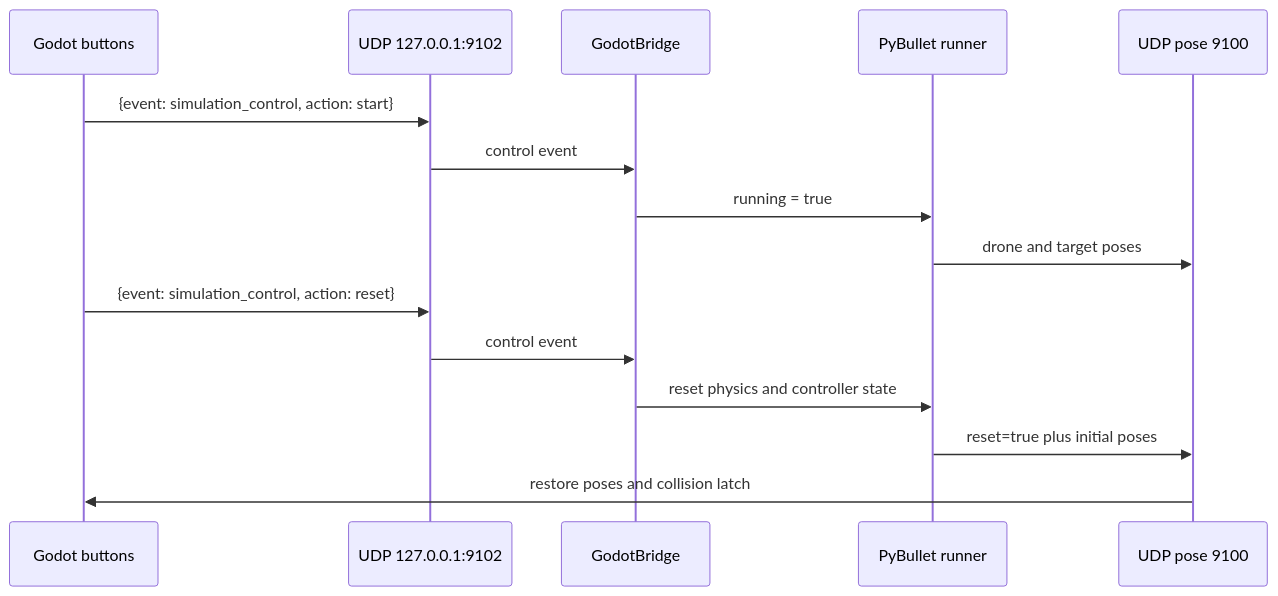
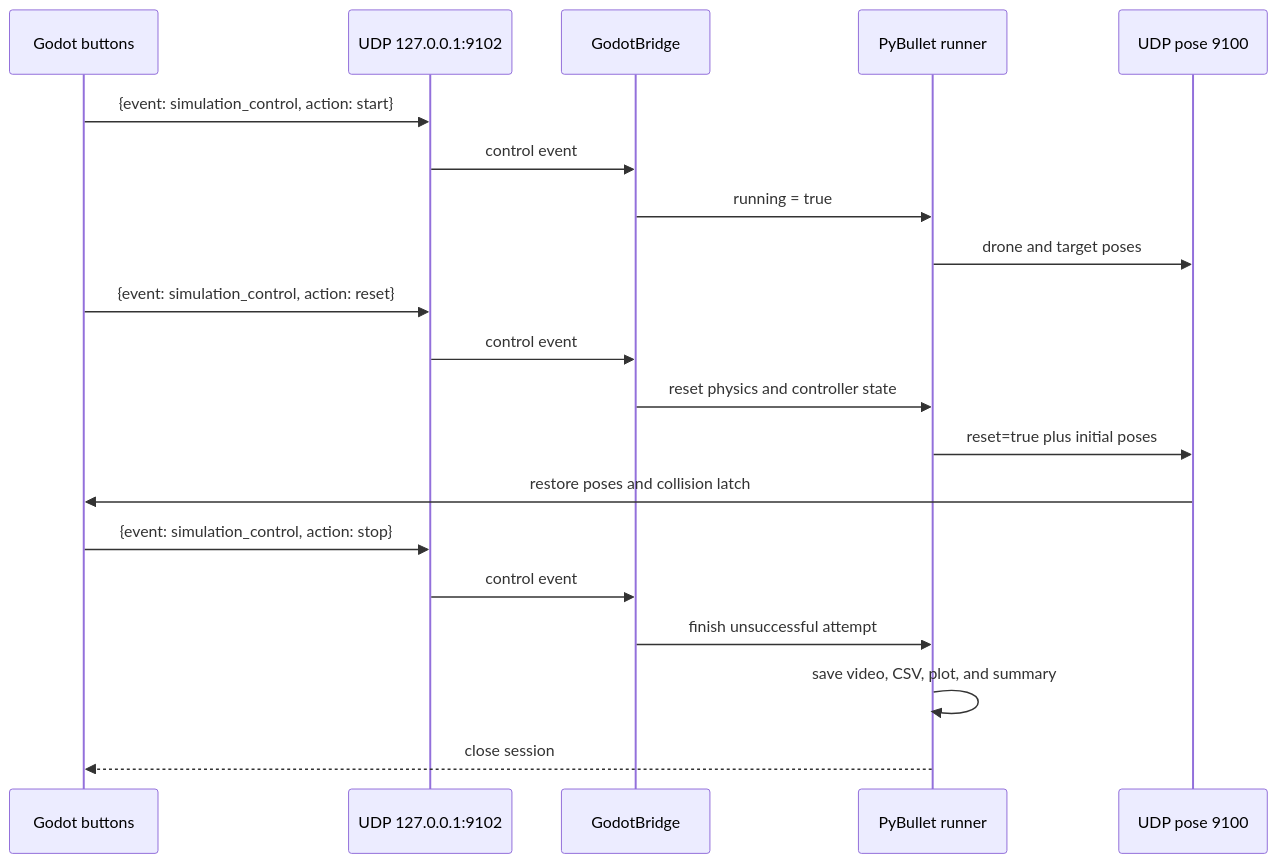
One commit to amire2000/fly_smart changed the diagram in docs/design/godot-interactive-controls.md. Above: the diagram before and after it, drawn with Mermaid. The commit also changed other lines of this file and 21 other files, not shown here.

````diff
--- a/docs/design/godot-interactive-controls.md
+++ b/docs/design/godot-interactive-controls.md
@@ -7,19 +7,25 @@
 ```mermaid
 sequenceDiagram
     participant G as Godot buttons
     participant C as UDP 127.0.0.1:9102
     participant P as GodotBridge
     participant S as PyBullet runner
     participant R as UDP pose 9100
 
     G->>C: {event: simulation_control, action: start}
     C->>P: control event
     P->>S: running = true
     S->>R: drone and target poses
 
     G->>C: {event: simulation_control, action: reset}
     C->>P: control event
     P->>S: reset physics and controller state
     S->>R: reset=true plus initial poses
     R->>G: restore poses and collision latch
+
+    G->>C: {event: simulation_control, action: stop}
+    C->>P: control event
+    P->>S: finish unsuccessful attempt
+    S->>S: save video, CSV, plot, and summary
+    S-->>G: close session
 ```
````
